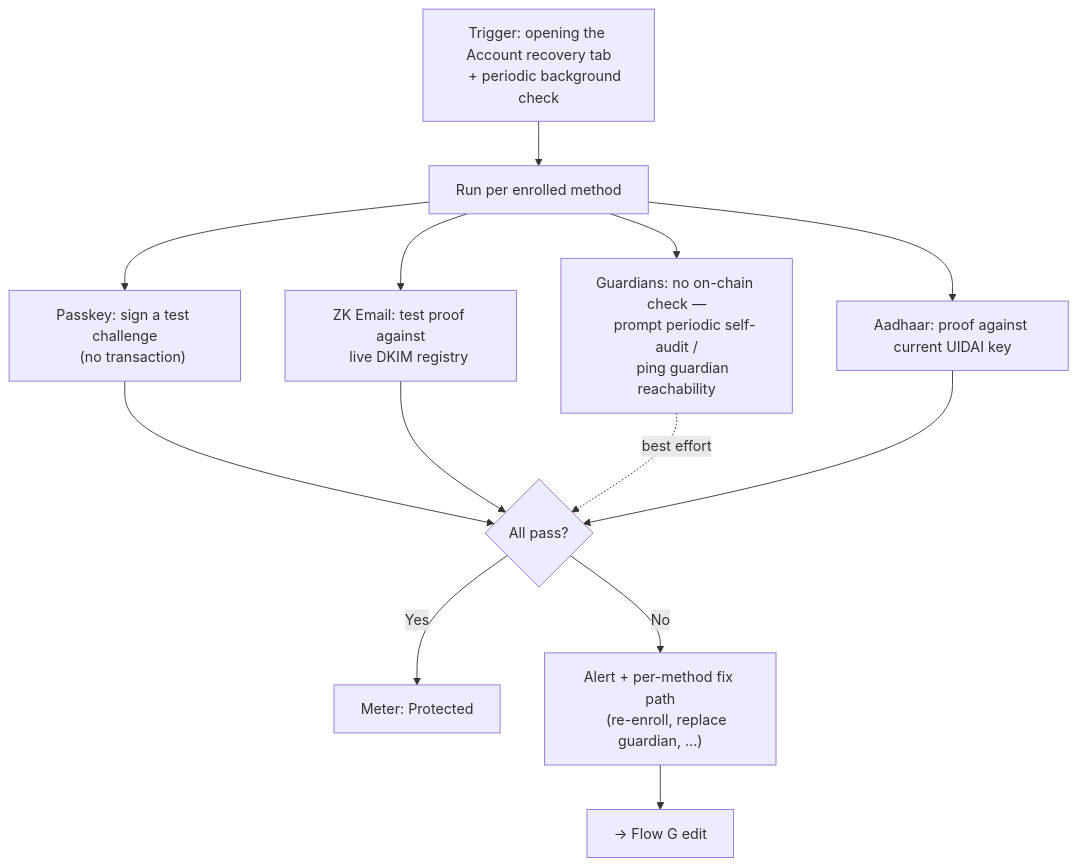
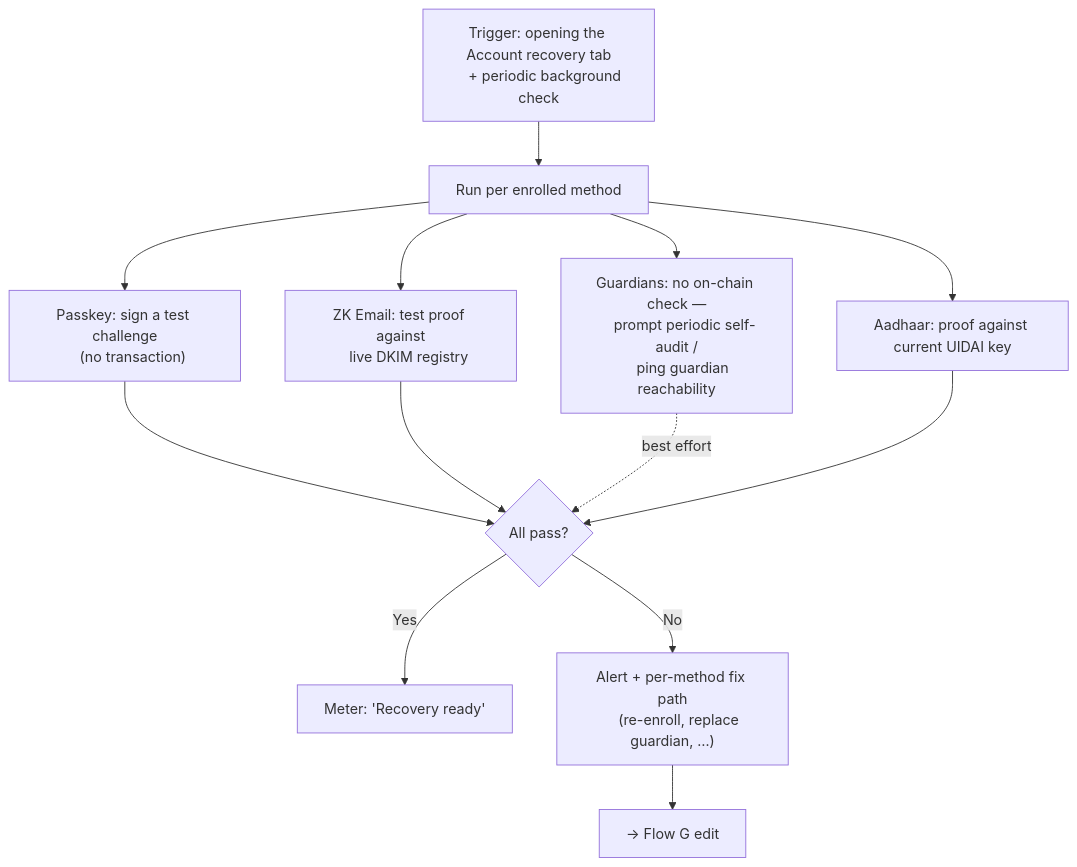
One commit to FiboAtWonder/kohaku-extension changed the ninth of 10 diagrams in social-recovery-ux-flows.md. Above: the diagram before and after it, drawn with Mermaid. The commit also changed other lines of this file, not shown here.

Commit message:
docs: apply approved 6-perspective review fixes to social recovery UX flows

````diff
--- a/social-recovery-ux-flows.md
+++ b/social-recovery-ux-flows.md
@@ -297,21 +414,21 @@
 ```mermaid
 flowchart TD
     A["Trigger: opening the Account recovery tab
     + periodic background check"] --> B[Run per enrolled method]
     B --> C["Passkey: sign a test challenge
     (no transaction)"]
     B --> D["ZK Email: test proof against
     live DKIM registry"]
     B --> E["Guardians: no on-chain check —
     prompt periodic self-audit /
     ping guardian reachability"]
     B --> F["Aadhaar: proof against current UIDAI key"]
     C --> G{"All pass?"}
     D --> G
     E -. best effort .-> G
     F --> G
-    G -- Yes --> H[Meter: Protected]
+    G -- Yes --> H["Meter: 'Recovery ready'"]
     G -- No --> I["Alert + per-method fix path
     (re-enroll, replace guardian, …)"]
     I --> J[→ Flow G edit]
 ```
````
